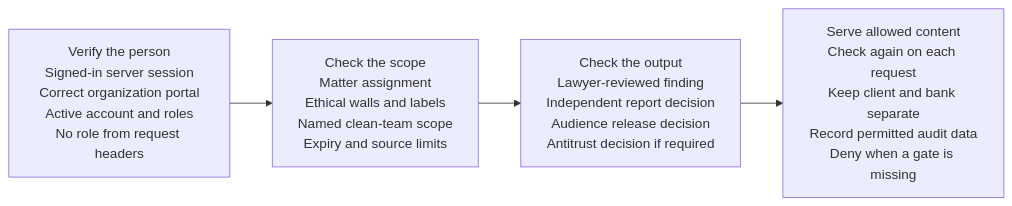
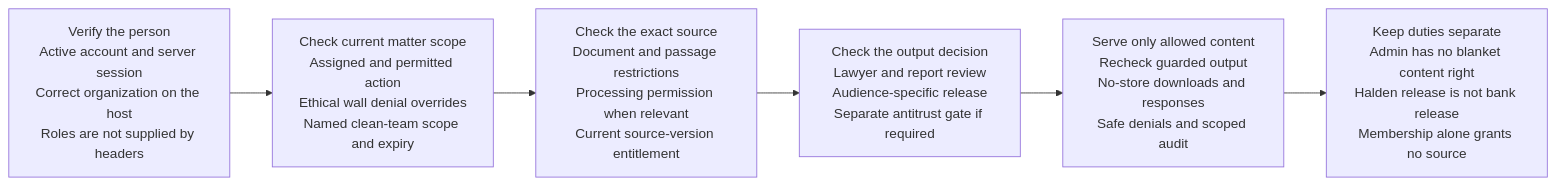
The diagram in backend/kestrel/data/resource_library/Access_and_Release.mmd (RamiJaloudi/project-kestrel), drawn with Mermaid before and after one commit. The commit also changed 454 other files, not shown here.

Commit message:
Organize guides and consolidate architecture and data diagrams

```diff
--- a/backend/kestrel/data/resource_library/Access_and_Release.mmd
+++ b/backend/kestrel/data/resource_library/Access_and_Release.mmd
@@ -1,8 +1,12 @@
 flowchart LR
-  S0["Verify the person<br/>Signed-in server session<br/>Correct organization portal<br/>Active account and roles<br/>No role from request headers"]
-  S1["Check the scope<br/>Matter assignment<br/>Ethical walls and labels<br/>Named clean-team scope<br/>Expiry and source limits"]
-  S0 --> S1
-  S2["Check the output<br/>Lawyer-reviewed finding<br/>Independent report decision<br/>Audience release decision<br/>Antitrust decision if required"]
-  S1 --> S2
-  S3["Serve allowed content<br/>Check again on each request<br/>Keep client and bank separate<br/>Record permitted audit data<br/>Deny when a gate is missing"]
-  S2 --> S3
+  N1["Verify the person<br/>Active account and server session<br/>Correct organization on the host<br/>Roles are not supplied by headers"]
+  N2["Check current matter scope<br/>Assigned and permitted action<br/>Ethical wall denial overrides<br/>Named clean-team scope and expiry"]
+  N3["Check the exact source<br/>Document and passage restrictions<br/>Processing permission when relevant<br/>Current source-version entitlement"]
+  N4["Check the output decision<br/>Lawyer and report review<br/>Audience-specific release<br/>Separate antitrust gate if required"]
+  N5["Serve only allowed content<br/>Recheck guarded output<br/>No-store downloads and responses<br/>Safe denials and scoped audit"]
+  N6["Keep duties separate<br/>Admin has no blanket content right<br/>Halden release is not bank release<br/>Membership alone grants no source"]
+  N1 --> N2
+  N2 --> N3
+  N3 --> N4
+  N4 --> N5
+  N5 --> N6
```
